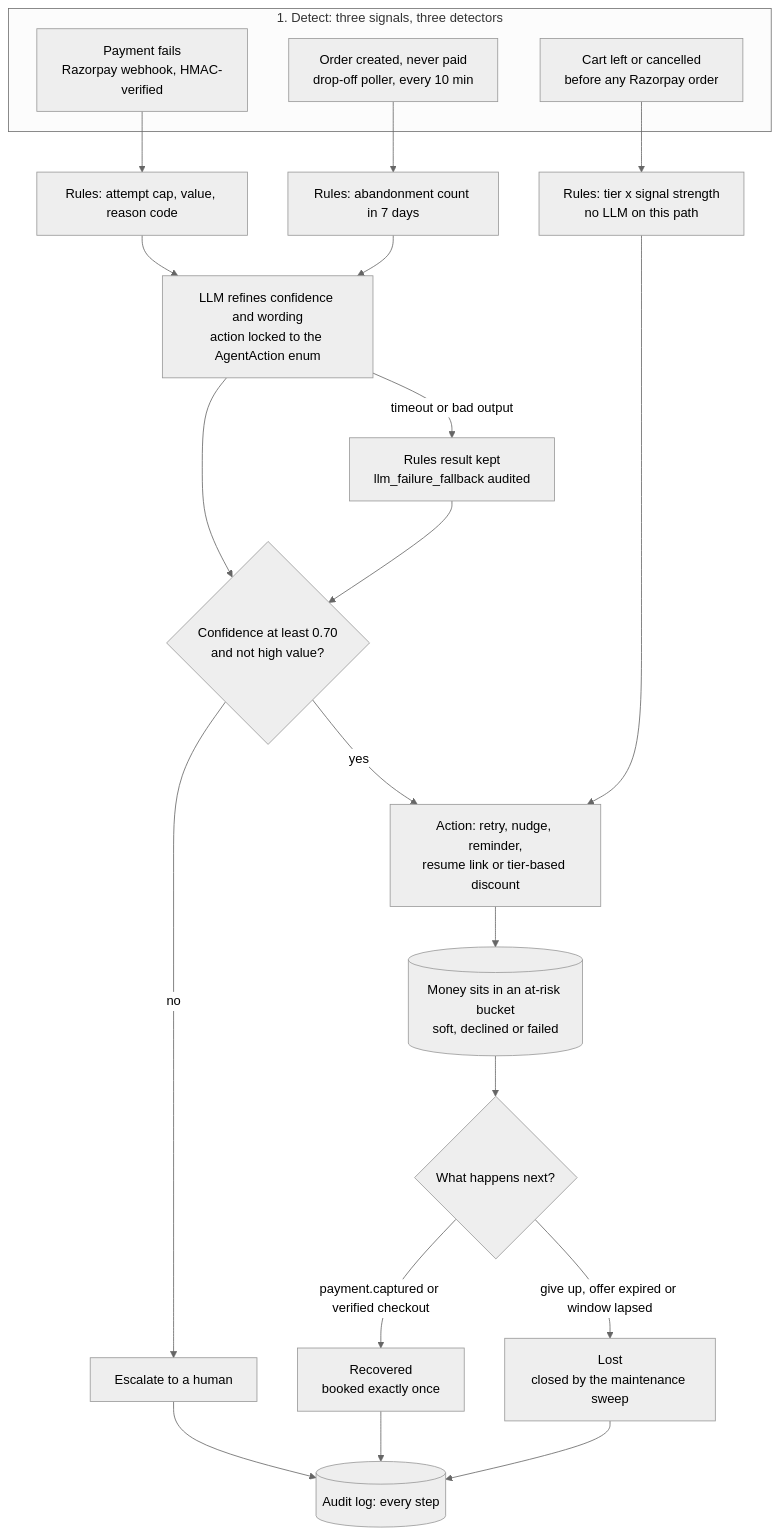
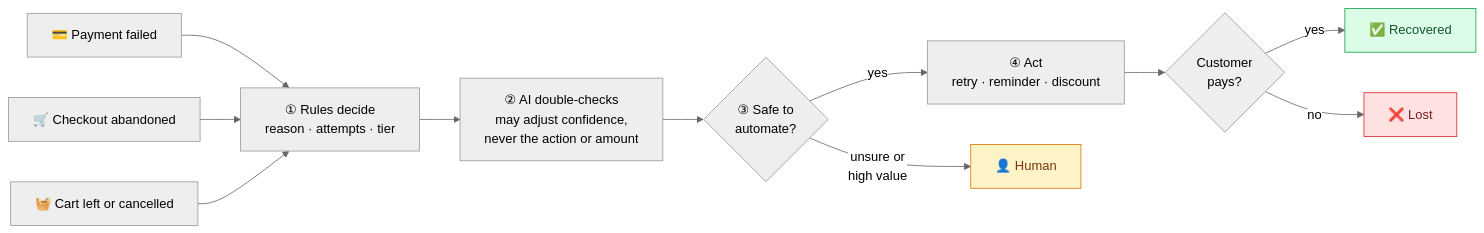
The second of 4 diagrams in README.md (Lakshaykhatri231/Backstop), drawn with Mermaid (neutral theme) before and after one commit. The commit also changed other lines of this file, not shown here.

````diff
--- a/README.md
+++ b/README.md
@@ -167,25 +167,20 @@
 ```mermaid
-flowchart TD
-    subgraph Detect["1. Detect: three signals, three detectors"]
-      F["Payment fails<br/>Razorpay webhook, HMAC-verified"]
-      D["Order created, never paid<br/>drop-off poller, every 10 min"]
-      C["Cart left or cancelled<br/>before any Razorpay order"]
-    end
-    F --> RF["Rules: attempt cap, value, reason code"]
-    D --> RD["Rules: abandonment count in 7 days"]
-    C --> RC["Rules: tier x signal strength<br/>no LLM on this path"]
-    RF & RD --> LLM["LLM refines confidence and wording<br/>action locked to the AgentAction enum"]
-    LLM -- "timeout or bad output" --> FB["Rules result kept<br/>llm_failure_fallback audited"]
-    LLM --> GATE{"Confidence at least 0.70<br/>and not high value?"}
-    FB --> GATE
-    GATE -- no --> HUM["Escalate to a human"]
-    GATE -- yes --> ACT["Action: retry, nudge, reminder,<br/>resume link or tier-based discount"]
-    RC --> ACT
-    ACT --> RISK[("Money sits in an at-risk bucket<br/>soft, declined or failed")]
-    RISK --> CAP{"What happens next?"}
-    CAP -- "payment.captured or verified checkout" --> REC["Recovered<br/>booked exactly once"]
-    CAP -- "give up, offer expired or window lapsed" --> LOST["Lost<br/>closed by the maintenance sweep"]
-    HUM --> AUD
-    REC --> AUD[("Audit log: every step")]
-    LOST --> AUD
+flowchart LR
+    S1["💳 Payment failed"] --> R
+    S2["🛒 Checkout abandoned"] --> R
+    S3["🧺 Cart left or cancelled"] --> R
+    R["① Rules decide<br/>reason · attempts · tier"] --> AI["② AI double-checks<br/>may adjust confidence,<br/>never the action or amount"]
+    AI --> G{"③ Safe to<br/>automate?"}
+    G -- yes --> A["④ Act<br/>retry · reminder · discount"]
+    G -- "unsure or<br/>high value" --> H["👤 Human"]
+    A --> W{"Customer<br/>pays?"}
+    W -- yes --> OK["✅ Recovered"]
+    W -- no --> L["❌ Lost"]
+
+    classDef good fill:#dcfce7,stroke:#16a34a,color:#14532d
+    classDef bad fill:#fee2e2,stroke:#dc2626,color:#7f1d1d
+    classDef person fill:#fef3c7,stroke:#d97706,color:#78350f
+    class OK good
+    class L bad
+    class H person
 ```
````
